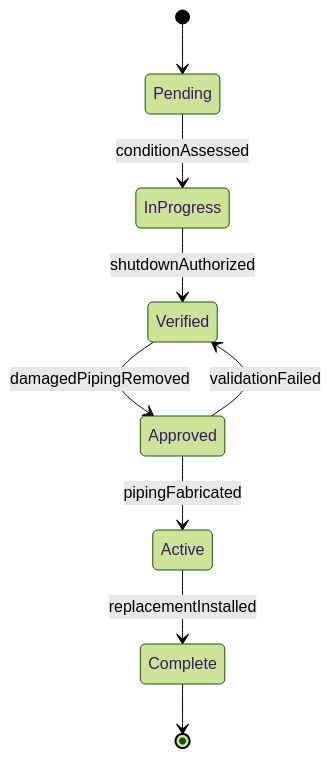
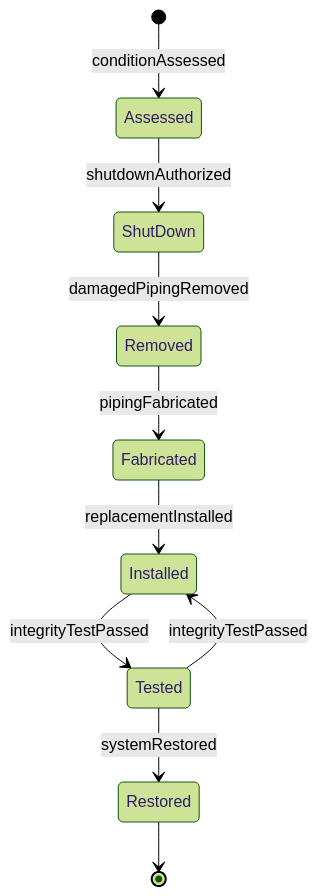
One commit to dot-org-ai/tasks.org.ai changed the second of 4 diagrams in HandlingAndMovingObjects/InstallPlumbingOrPipingEquipmentOrSystems/InstallPipingInstallationMaintenanceActivities.mdx. Above: the diagram before and after it, drawn with Mermaid (forest theme). The commit also changed other lines of this file and 515 other files, not shown here.

````diff
--- a/HandlingAndMovingObjects/InstallPlumbingOrPipingEquipmentOrSystems/InstallPipingInstallationMaintenanceActivities.mdx
+++ b/HandlingAndMovingObjects/InstallPlumbingOrPipingEquipmentOrSystems/InstallPipingInstallationMaintenanceActivities.mdx
@@ -98,11 +98,12 @@
 ```mermaid
 stateDiagram-v2
-    [*] --> Pending
-    Pending --> InProgress : conditionAssessed
-    InProgress --> Verified : shutdownAuthorized
-    Verified --> Approved : damagedPipingRemoved
-    Approved --> Active : pipingFabricated
-    Active --> Complete : replacementInstalled
-    Approved --> Verified : validationFailed
-    Complete --> [*]
+    [*] --> Assessed : conditionAssessed
+    Assessed --> ShutDown : shutdownAuthorized
+    ShutDown --> Removed : damagedPipingRemoved
+    Removed --> Fabricated : pipingFabricated
+    Fabricated --> Installed : replacementInstalled
+    Installed --> Tested : integrityTestPassed
+    Tested --> Installed : integrityTestPassed
+    Tested --> Restored : systemRestored
+    Restored --> [*]
 ```
````
